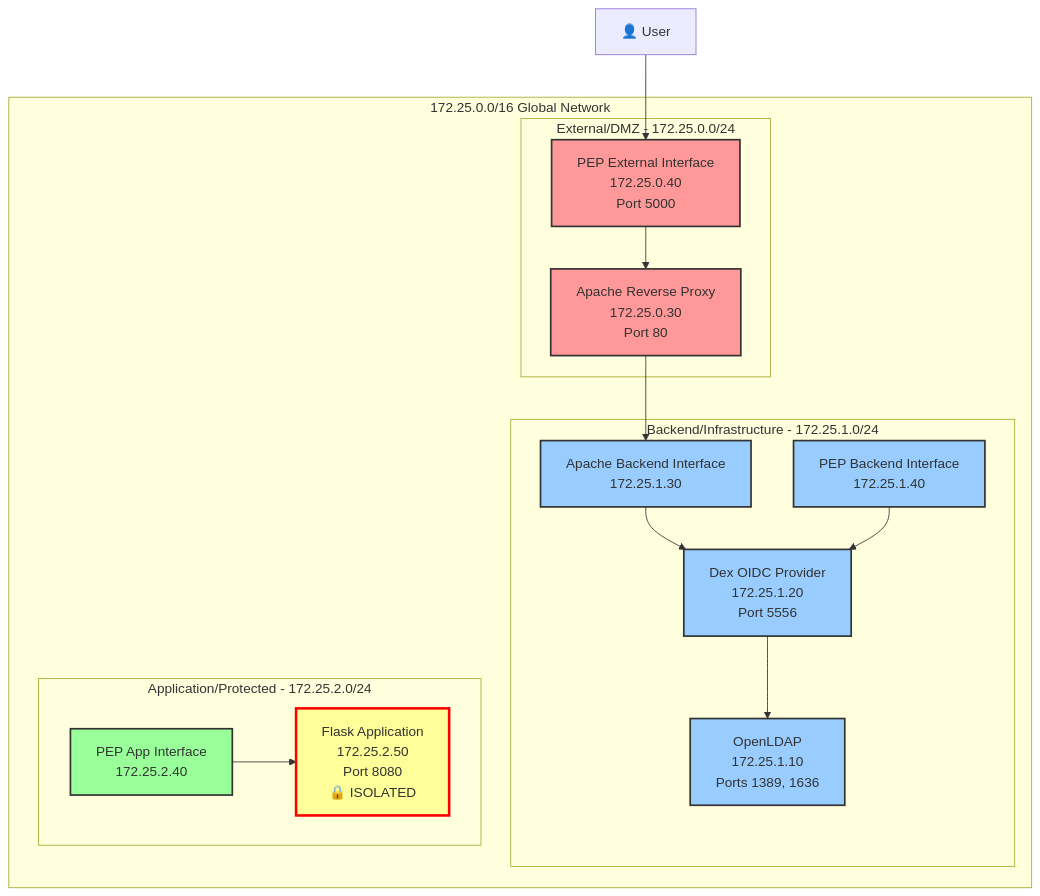
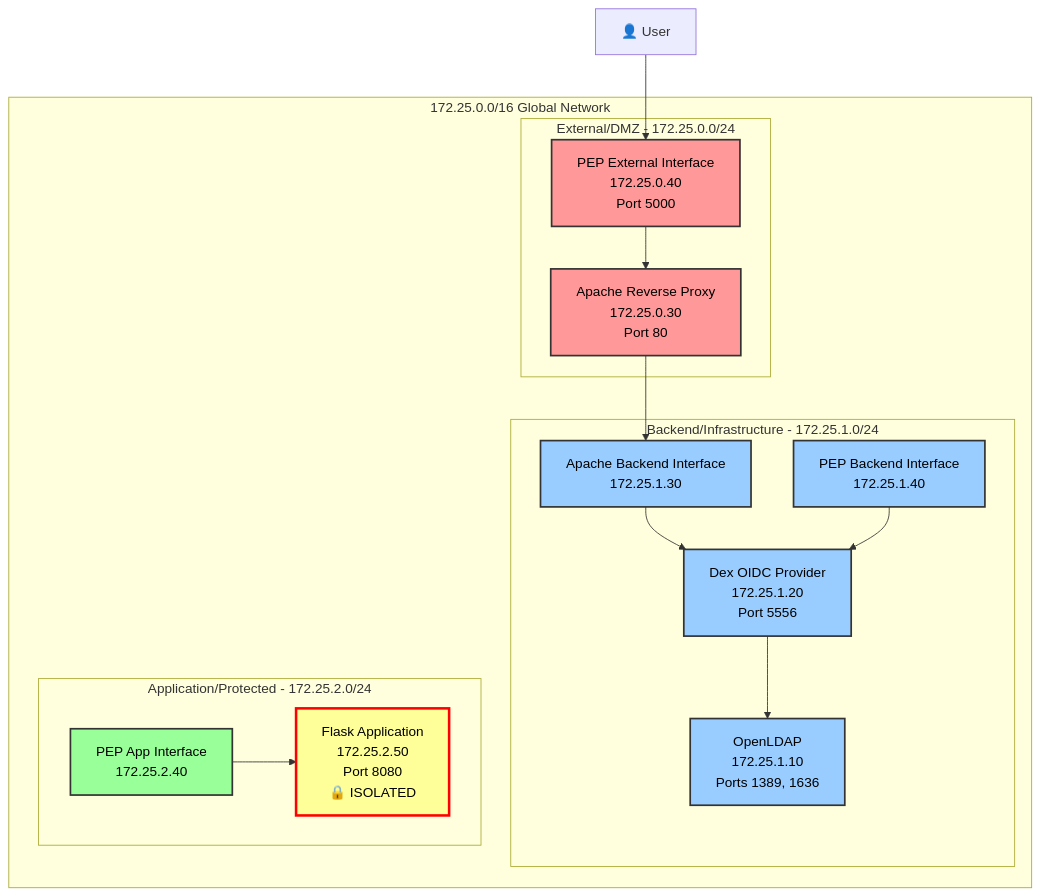
One commit to randomKara/ldap-dex-IDP changed the first of 10 diagrams in PRESENTATION.md. Above: the diagram before and after it, drawn with Mermaid. The commit also changed other lines of this file, not shown here.

````diff
--- a/PRESENTATION.md
+++ b/PRESENTATION.md
@@ -36,39 +36,39 @@
 ```mermaid
 graph TB
     subgraph "172.25.0.0/16 Global Network"
         subgraph "External/DMZ - 172.25.0.0/24"
             AP[Apache Reverse Proxy<br/>172.25.0.30<br/>Port 80]
             PEP_EXT[PEP External Interface<br/>172.25.0.40<br/>Port 5000]
         end
         
         subgraph "Backend/Infrastructure - 172.25.1.0/24"
             LDAP[OpenLDAP<br/>172.25.1.10<br/>Ports 1389, 1636]
             DEX[Dex OIDC Provider<br/>172.25.1.20<br/>Port 5556]
             AP_BACKEND[Apache Backend Interface<br/>172.25.1.30]
             PEP_BACKEND[PEP Backend Interface<br/>172.25.1.40]
         end
         
         subgraph "Application/Protected - 172.25.2.0/24"
             PEP_APP[PEP App Interface<br/>172.25.2.40]
             FLASK[Flask Application<br/>172.25.2.50<br/>Port 8080<br/>🔒 ISOLATED]
         end
     end
     
     USER[👤 User] --> PEP_EXT
     PEP_EXT --> AP
     AP --> AP_BACKEND
     AP_BACKEND --> DEX
     DEX --> LDAP
     PEP_BACKEND --> DEX
     PEP_APP --> FLASK
     
-    classDef external fill:#ff9999,stroke:#333,stroke-width:2px
-    classDef backend fill:#99ccff,stroke:#333,stroke-width:2px
-    classDef application fill:#99ff99,stroke:#333,stroke-width:2px
-    classDef isolated fill:#ffff99,stroke:#f00,stroke-width:3px
+    classDef external fill:#ff9999,stroke:#333,stroke-width:2px,color:#000000
+    classDef backend fill:#99ccff,stroke:#333,stroke-width:2px,color:#000000
+    classDef application fill:#99ff99,stroke:#333,stroke-width:2px,color:#000000
+    classDef isolated fill:#ffff99,stroke:#f00,stroke-width:3px,color:#000000
     
     class AP,PEP_EXT external
     class LDAP,DEX,AP_BACKEND,PEP_BACKEND backend
     class PEP_APP,FLASK application
     class FLASK isolated
 ```
````
